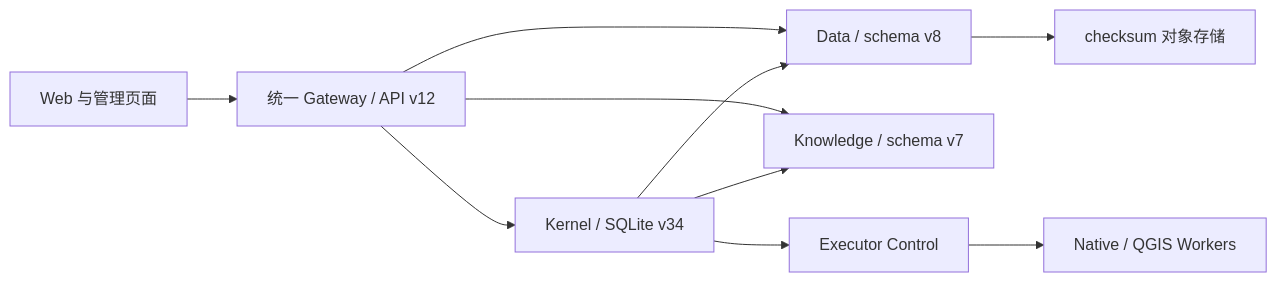
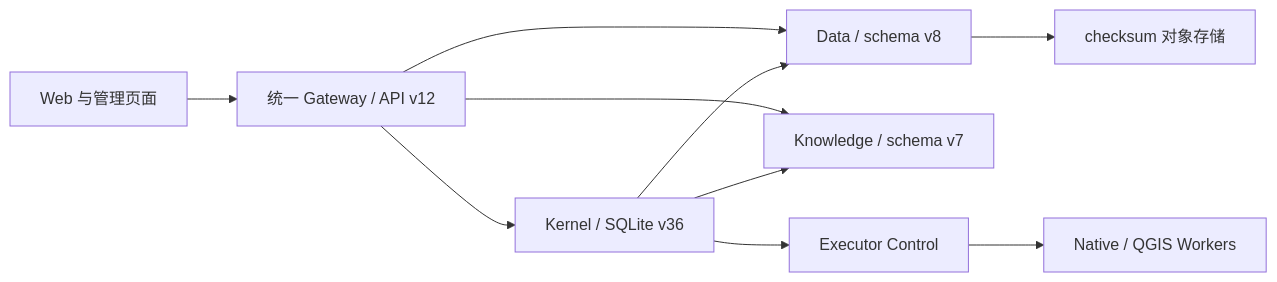
One commit to gaoyegis99-source/groundwater-agent changed the diagram in source/docs/architecture/architecture-overview.md. Above: the diagram before and after it, drawn with Mermaid. The commit also changed other lines of this file and 401 other files, not shown here.

````diff
--- a/source/docs/architecture/architecture-overview.md
+++ b/source/docs/architecture/architecture-overview.md
@@ -5,12 +5,12 @@
 ```mermaid
 flowchart LR
   UI[Web 与管理页面] --> G[统一 Gateway / API v12]
-  G --> K[Kernel / SQLite v34]
+  G --> K[Kernel / SQLite v36]
   G --> D[Data / schema v8]
   G --> N[Knowledge / schema v7]
   K --> D
   K --> N
   K --> E[Executor Control]
   E --> W[Native / QGIS Workers]
   D --> O[checksum 对象存储]
 ```
````
